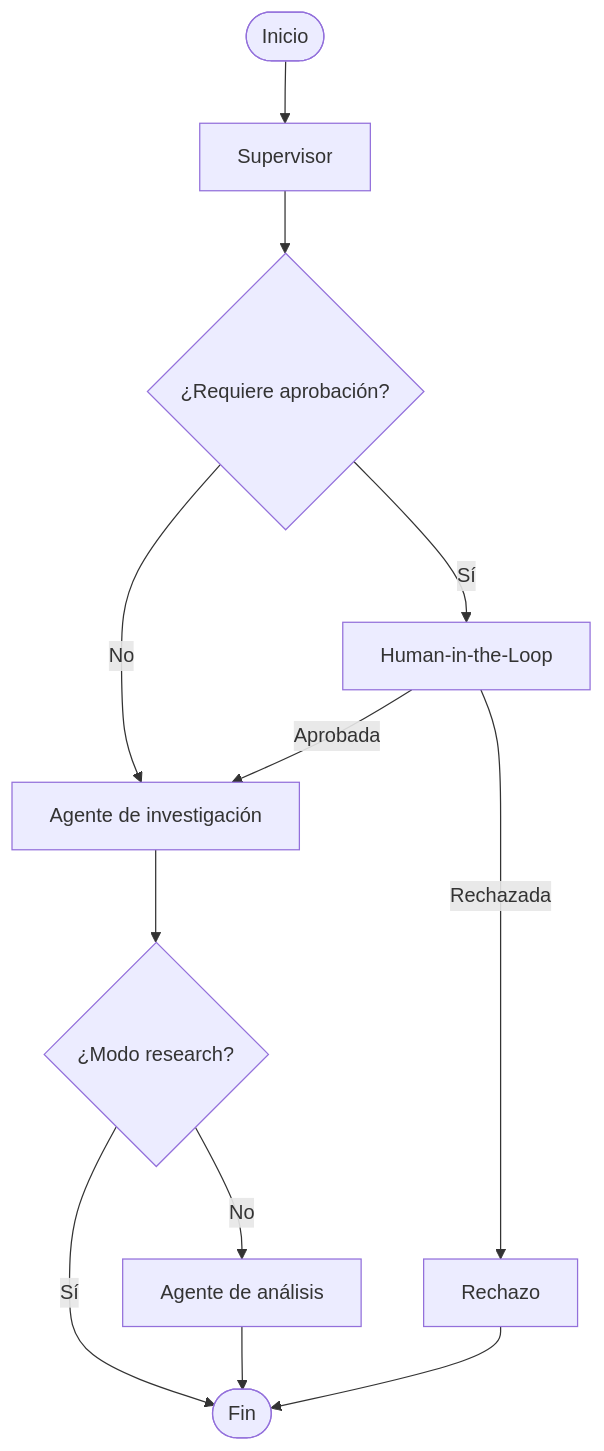
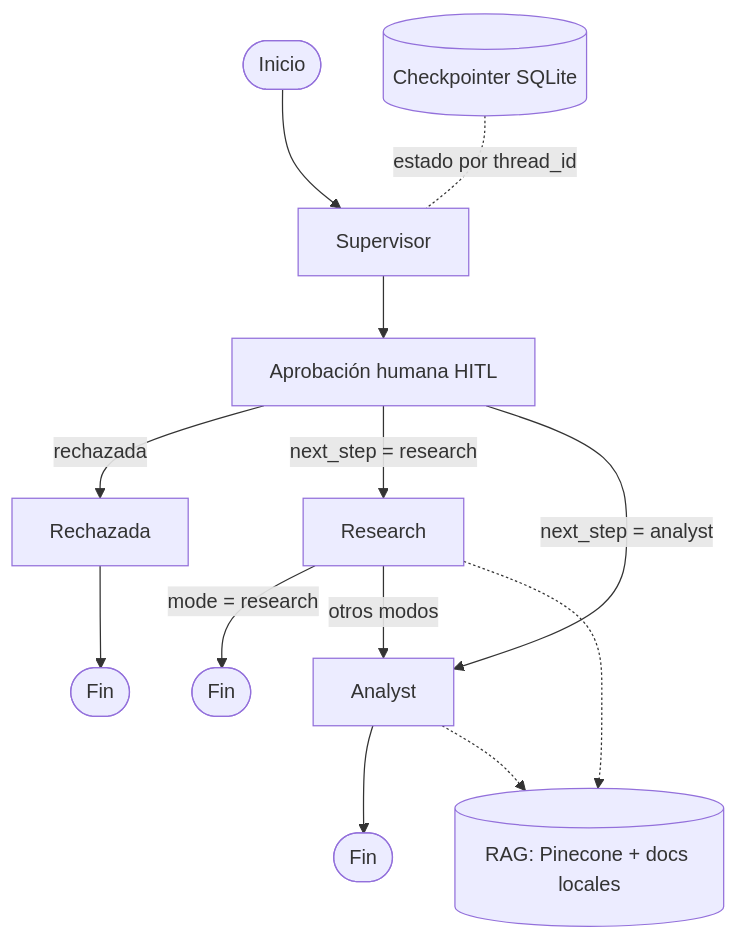
Before and after one commit to Lorenzogomezmartins/CoderHouse-Trabajo-Final: the diagram in README.md, drawn with Mermaid. The commit also changed other lines of this file, not shown here.

````diff
--- a/README.md
+++ b/README.md
@@ -36,14 +13,15 @@
 ```mermaid
 flowchart TD
-    A([Inicio]) --> B[Supervisor]
-    B --> C{¿Requiere aprobación?}
-    C -->|Sí| D[Human-in-the-Loop]
-    C -->|No| E[Agente de investigación]
-    D -->|Aprobada| E
-    D -->|Rechazada| F[Rechazo]
-    E --> G{¿Modo research?}
-    G -->|Sí| H([Fin])
-    G -->|No| I[Agente de análisis]
-    I --> H
-    F --> H
+    I([Inicio]) --> S[Supervisor]
+    S --> A[Aprobación humana HITL]
+    A -->|rechazada| X[Rechazada]
+    A -->|"next_step = research"| R[Research]
+    A -->|"next_step = analyst"| N[Analyst]
+    R -->|"mode = research"| F1([Fin])
+    R -->|otros modos| N
+    N --> F2([Fin])
+    X --> F3([Fin])
+    R -.-> G[(RAG: Pinecone + docs locales)]
+    N -.-> G
+    CP[(Checkpointer SQLite)] -.estado por thread_id.- S
 ```
````
